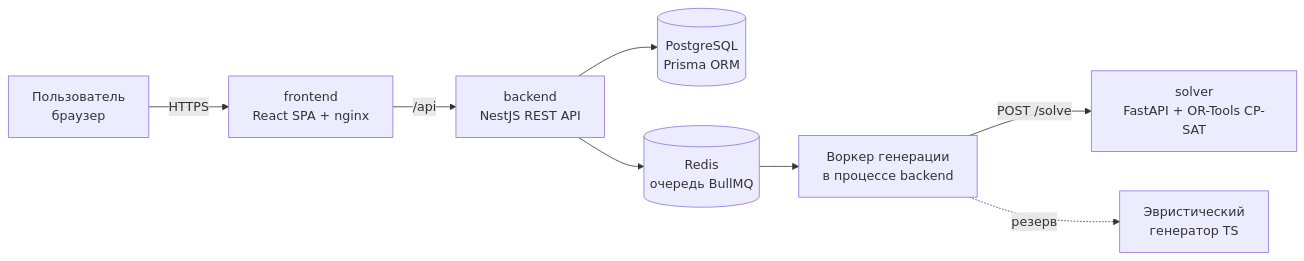
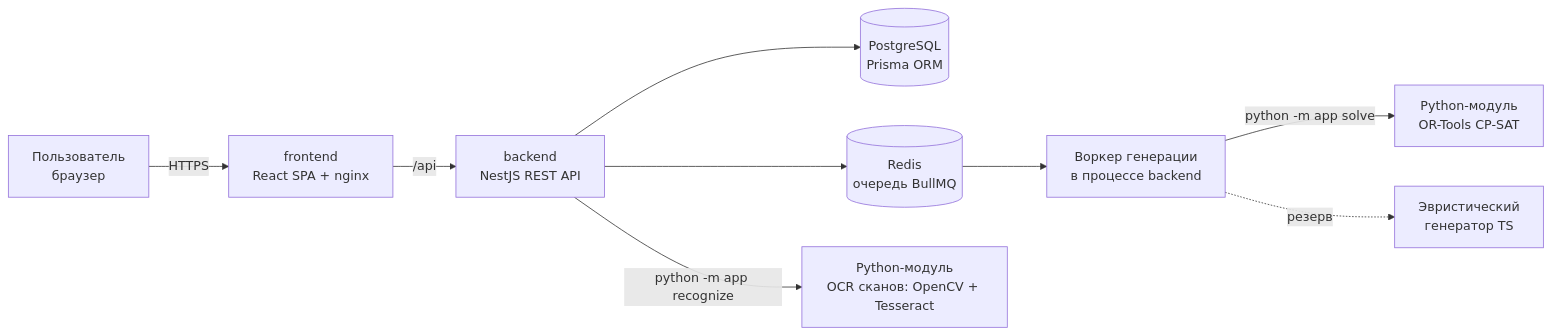
The first of 3 diagrams in docs/01-architecture.md (Aleck59/schedule_maker1), drawn with Mermaid before and after one commit. The commit also changed other lines of this file and 8 other files, not shown here.

````diff
--- a/docs/01-architecture.md
+++ b/docs/01-architecture.md
@@ -5,10 +5,11 @@
 ```mermaid
 flowchart LR
   U[Пользователь<br/>браузер] -->|HTTPS| F[frontend<br/>React SPA + nginx]
   F -->|/api| B[backend<br/>NestJS REST API]
   B --> P[(PostgreSQL<br/>Prisma ORM)]
   B --> R[(Redis<br/>очередь BullMQ)]
   R --> W[Воркер генерации<br/>в процессе backend]
-  W -->|POST /solve| S[solver<br/>FastAPI + OR-Tools CP-SAT]
+  W -->|python -m app solve| S[Python-модуль<br/>OR-Tools CP-SAT]
   W -. резерв .-> H[Эвристический<br/>генератор TS]
+  B -->|python -m app recognize| O[Python-модуль<br/>OCR сканов: OpenCV + Tesseract]
 ```
````
